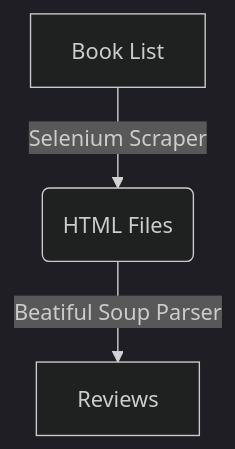
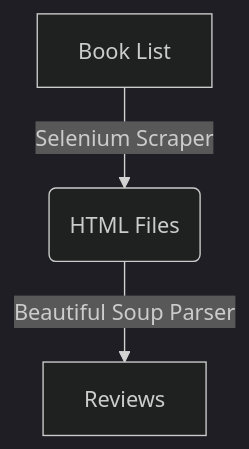
Before and after one commit to mfdalgetty/Goodreads-Scraper: the diagram in README.md, drawn with Mermaid (dark theme). The commit also changed other lines of this file, not shown here.

````diff
--- a/README.md
+++ b/README.md
@@ -9,5 +9,5 @@
 ```mermaid
 flowchart TD
     A[Book List] -->|Selenium Scraper| B(HTML Files)
-    B --> |Beatiful Soup Parser| C[Reviews]
+    B --> |Beautiful Soup Parser| C[Reviews]
 ```
````
